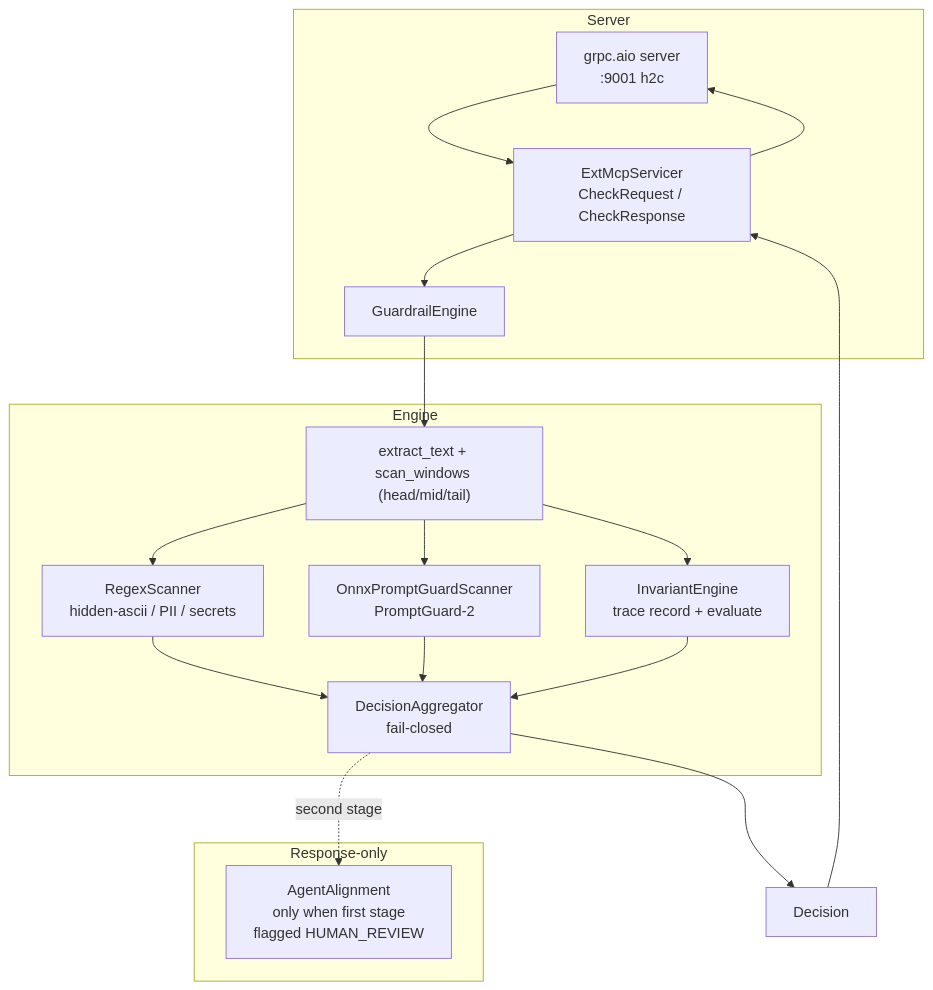
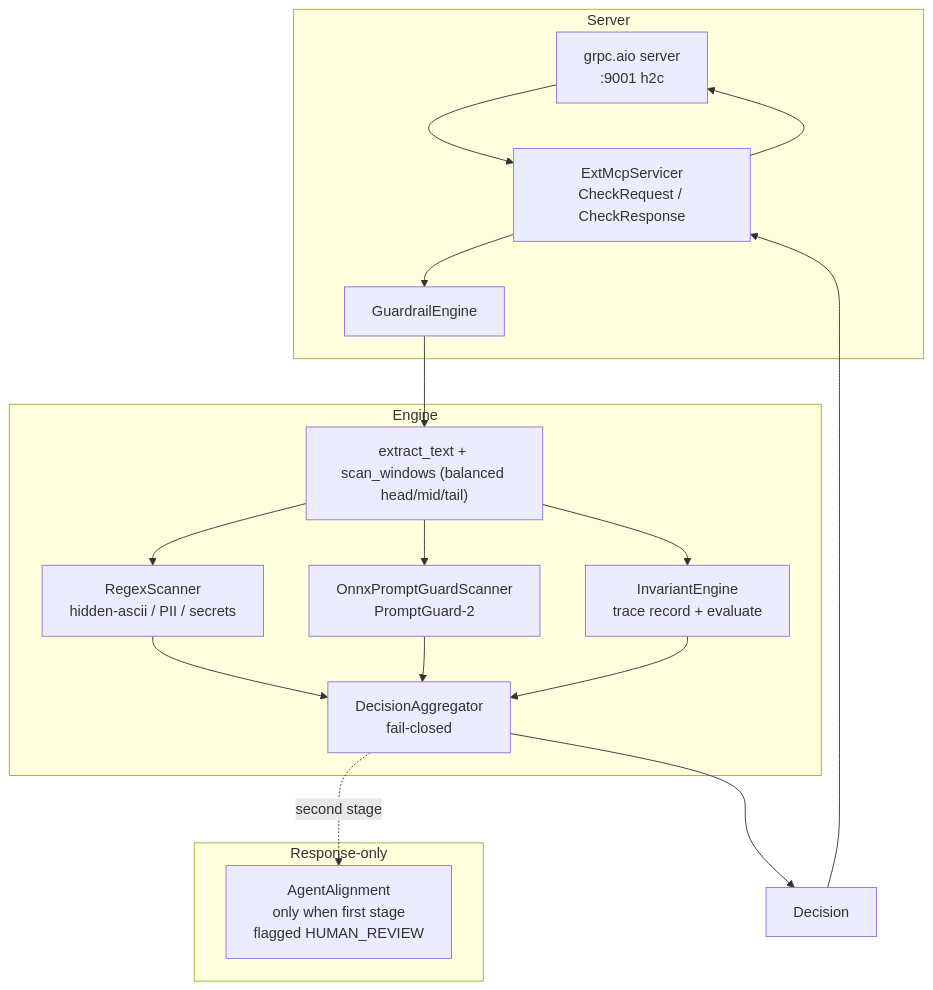
Before and after one commit to soulwhisper/mcp-guardrails: the second of 2 diagrams in docs/index.md, drawn with Mermaid. The commit also changed 21 other files, not shown here.

````diff
--- a/docs/index.md
+++ b/docs/index.md
@@ -71,28 +71,28 @@
 ```mermaid
 flowchart TD
     subgraph Server
         GRPC[grpc.aio server<br/>:9001 h2c]
         SVC[ExtMcpServicer<br/>CheckRequest / CheckResponse]
         GRPC --> SVC
         SVC --> ENG[GuardrailEngine]
     end
 
     subgraph Engine
-        ENG --> EXT["extract_text + scan_windows (head/mid/tail)"]
+        ENG --> EXT["extract_text + scan_windows (balanced head/mid/tail)"]
         EXT --> RX[RegexScanner<br/>hidden-ascii / PII / secrets]
         EXT --> PG[OnnxPromptGuardScanner<br/>PromptGuard-2]
         EXT --> INV[InvariantEngine<br/>trace record + evaluate]
         RX --> AGG
         PG --> AGG
         INV --> AGG
         AGG[DecisionAggregator<br/>fail-closed]
     end
 
     subgraph Response-only
         AGG -. second stage .-> AA[AgentAlignment<br/>only when first stage<br/>flagged HUMAN_REVIEW]
     end
 
     AGG --> DEC[Decision]
     DEC --> SVC
     SVC --> GRPC
 ```
````
